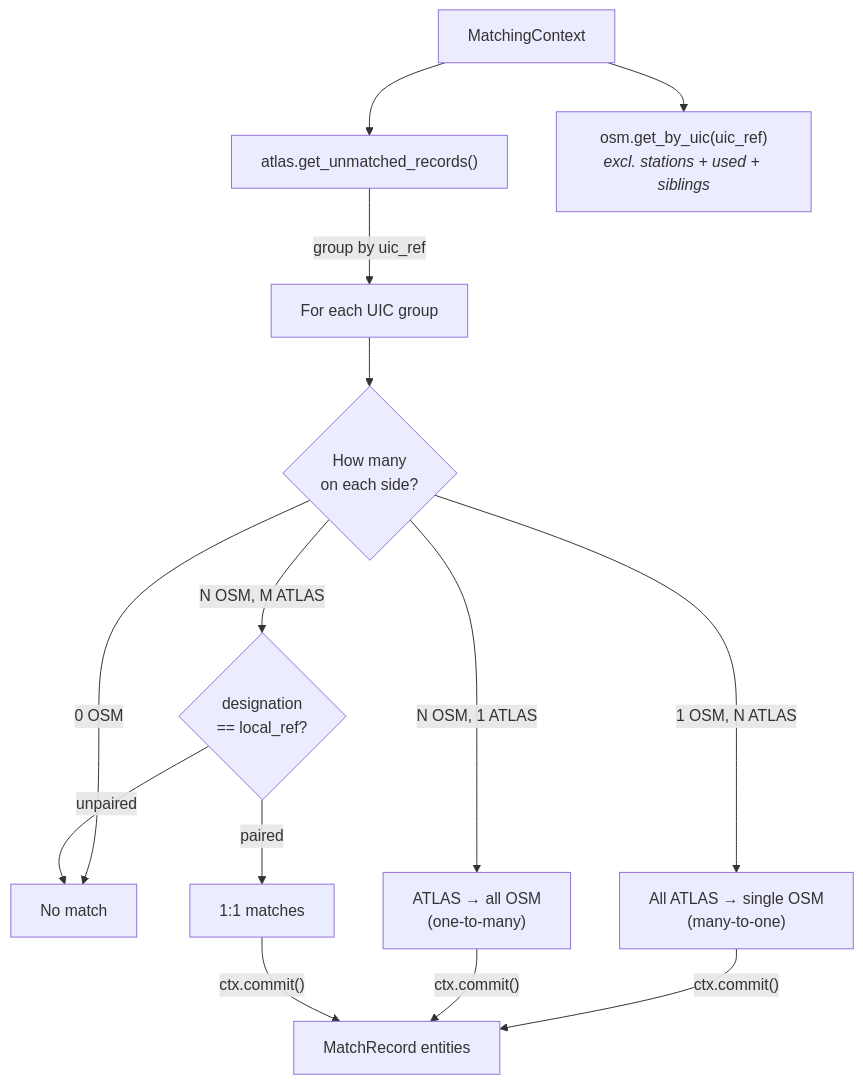
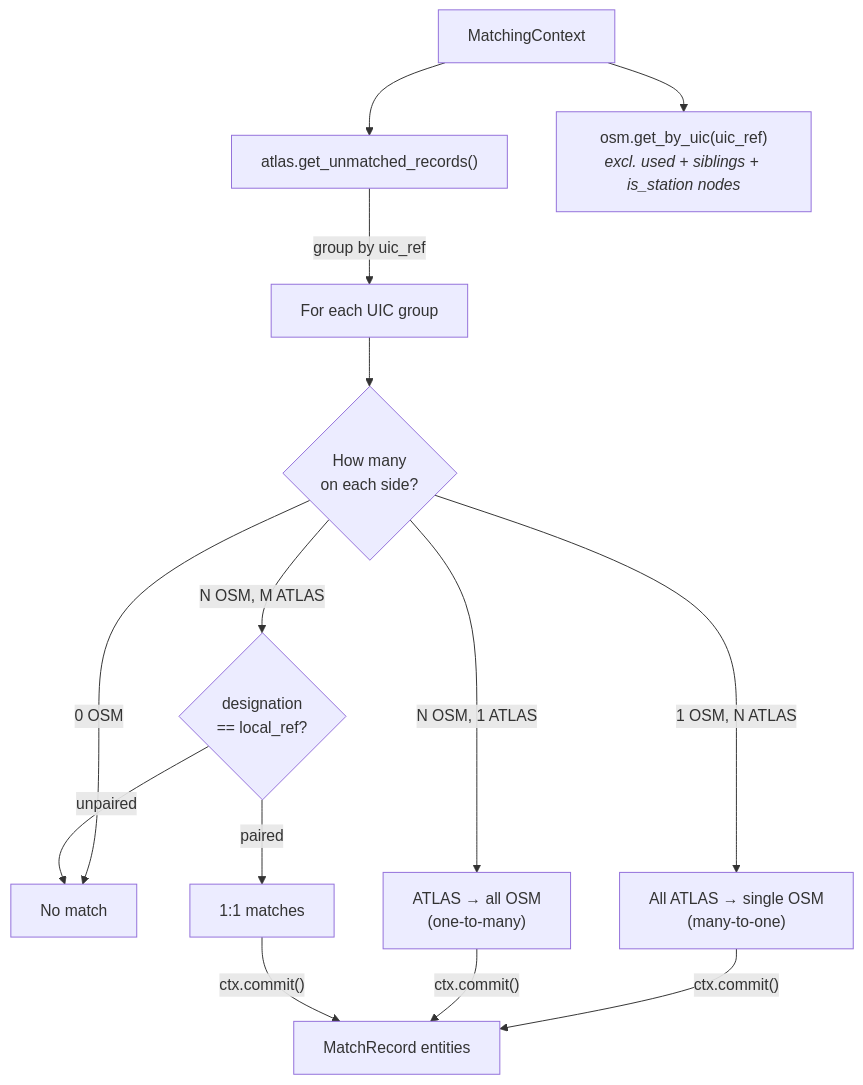
One commit to openTdataCH/stop_sync_osm_atlas changed the diagram in documentation/2.1 Exact matching.md. Above: the diagram before and after it, drawn with Mermaid. The commit also changed other lines of this file and 23 other files, not shown here.

````diff
--- a/documentation/2.1 Exact matching.md
+++ b/documentation/2.1 Exact matching.md
@@ -5,16 +5,16 @@
 ```mermaid
 flowchart TB
     CTX["MatchingContext"] --> UA["atlas.get_unmatched_records()"]
-    CTX --> OSM["osm.get_by_uic(uic_ref)<br/><i>excl. stations + used + siblings</i>"]
+    CTX --> OSM["osm.get_by_uic(uic_ref)<br/><i>excl. used + siblings + is_station nodes</i>"]
     UA -->|group by uic_ref| G["For each UIC group"]
     G --> C{"How many<br/>on each side?"}
 
     C -->|"0 OSM"| X["No match"]
     C -->|"1 OSM, N ATLAS"| M1["All ATLAS → single OSM<br/>(many-to-one)"]
     C -->|"N OSM, 1 ATLAS"| M2["ATLAS → all OSM<br/>(one-to-many)"]
     C -->|"N OSM, M ATLAS"| D{"designation<br/>== local_ref?"}
     D -->|paired| M3["1:1 matches"]
     D -->|unpaired| X
 
     M1 & M2 & M3 -->|"ctx.commit()"| OUT["MatchRecord entities"]
 ```
````
